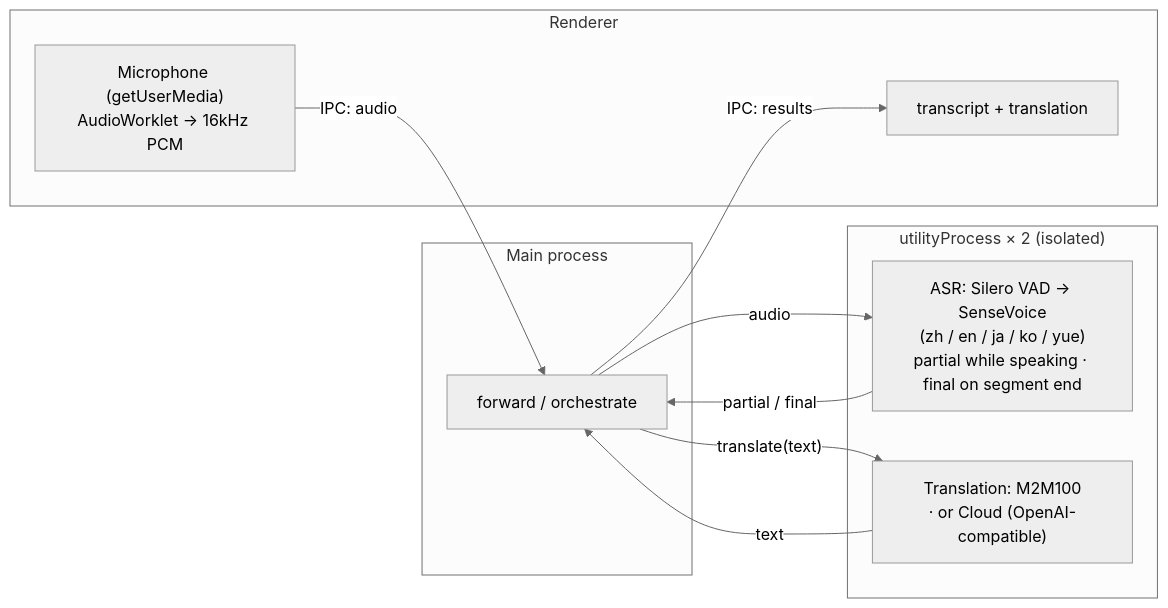
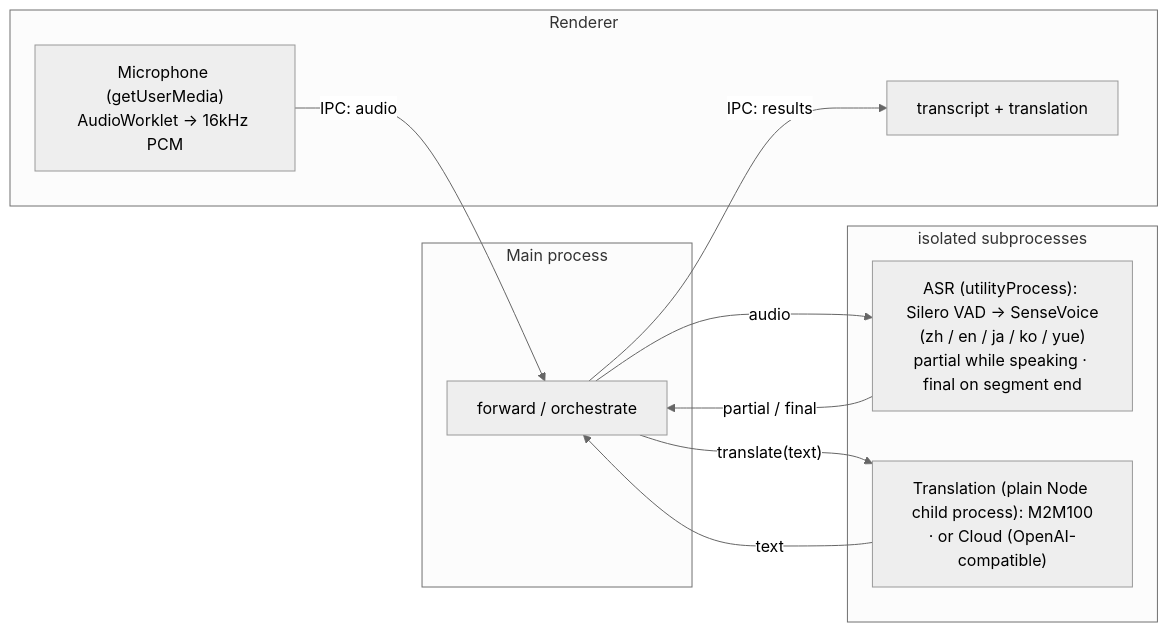
One commit to baijunjie/realtime-translator changed the diagram in README.md. Above: the diagram before and after it, drawn with Mermaid (neutral theme). The commit also changed other lines of this file and 5 other files, not shown here.

````diff
--- a/README.md
+++ b/README.md
@@ -108,20 +115,20 @@
 ```mermaid
 flowchart LR
   subgraph RENDER["Renderer"]
     MIC["Microphone (getUserMedia)<br/>AudioWorklet → 16kHz PCM"]
     UI["transcript + translation"]
   end
   subgraph MAIN["Main process"]
     HUB["forward / orchestrate"]
   end
-  subgraph UTIL["utilityProcess × 2 (isolated)"]
-    ASR["ASR: Silero VAD → SenseVoice<br/>(zh / en / ja / ko / yue)<br/>partial while speaking · final on segment end"]
-    TRANS["Translation: M2M100<br/>· or Cloud (OpenAI-compatible)"]
+  subgraph UTIL["isolated subprocesses"]
+    ASR["ASR (utilityProcess): Silero VAD → SenseVoice<br/>(zh / en / ja / ko / yue)<br/>partial while speaking · final on segment end"]
+    TRANS["Translation (plain Node child process): M2M100<br/>· or Cloud (OpenAI-compatible)"]
   end
   MIC -- "IPC: audio" --> HUB
   HUB -- audio --> ASR
   ASR -- "partial / final" --> HUB
   HUB -- "translate(text)" --> TRANS
   TRANS -- text --> HUB
   HUB -- "IPC: results" --> UI
 ```
````
